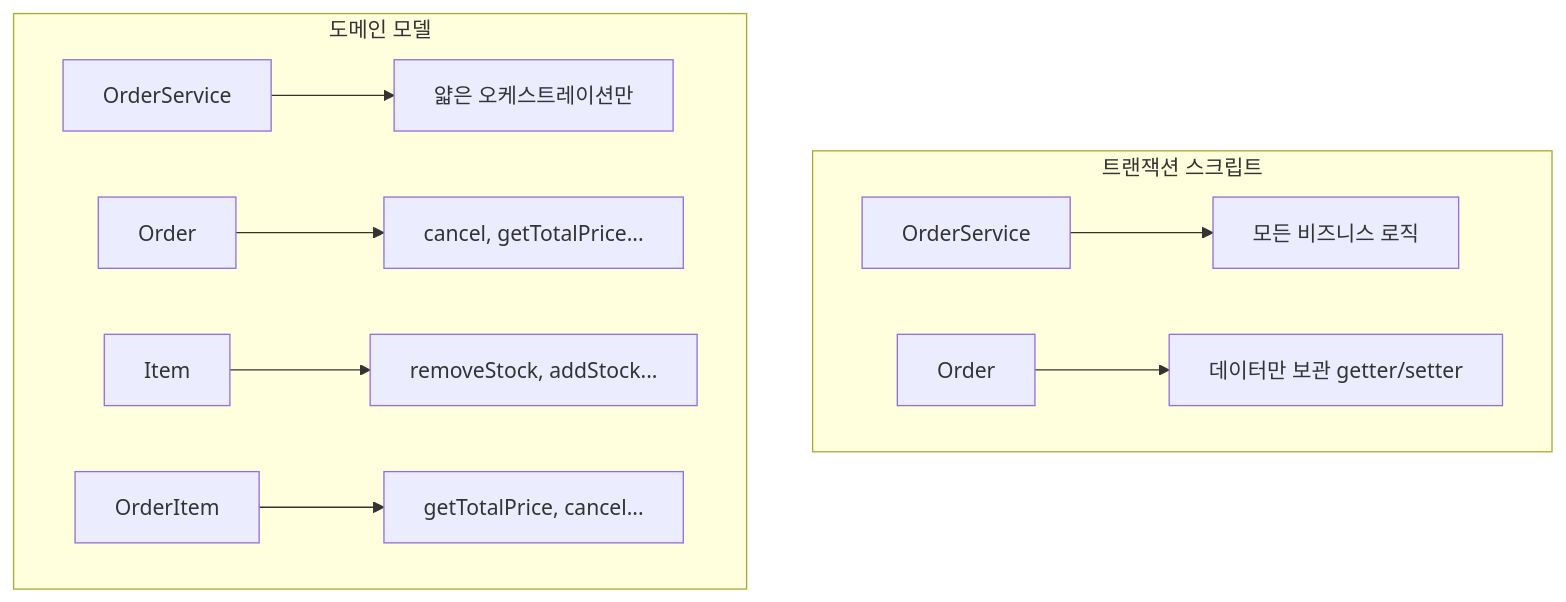
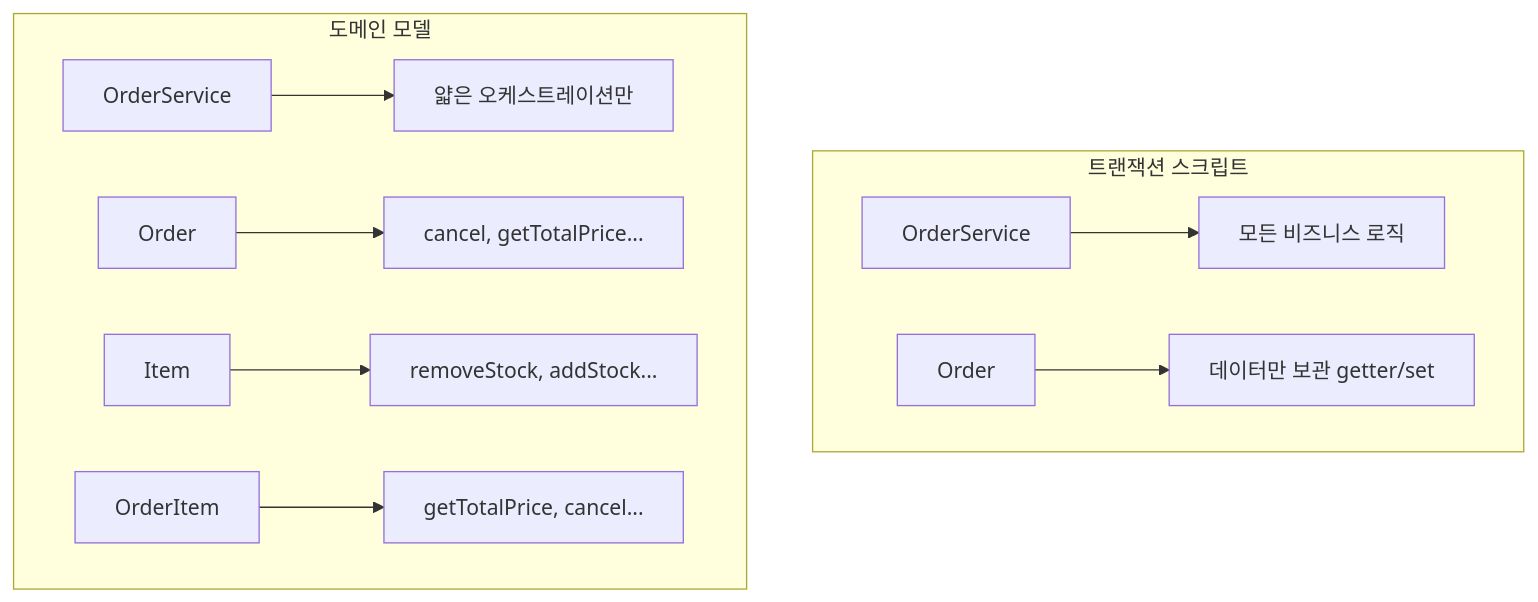
The first of 3 diagrams in _posts/spring/2026-05-02-clean-spring-hexagonal.md (yjkim2015/yjkim2015.github.io), drawn with Mermaid before and after one commit. The commit also changed 271 other files, not shown here.

First line of the commit message:
Mermaid 라벨 축소: 긴 노드 텍스트 18자 이하로 트림 + \n 제거

````diff
--- a/_posts/spring/2026-05-02-clean-spring-hexagonal.md
+++ b/_posts/spring/2026-05-02-clean-spring-hexagonal.md
@@ -184,13 +184,13 @@
 ```mermaid
 graph TD
     subgraph "트랜잭션 스크립트"
         A[OrderService] --> B["모든 비즈니스 로직"]
-        C[Order] --> D["데이터만 보관 getter/setter"]
+        C[Order] --> D["데이터만 보관 getter/set"]
     end
     subgraph "도메인 모델"
         E[OrderService] --> F["얇은 오케스트레이션만"]
         G[Order] --> H[cancel, getTotalPrice...]
         I[Item] --> J[removeStock, addStock...]
         K[OrderItem] --> L[getTotalPrice, cancel...]
     end
 ```
````
